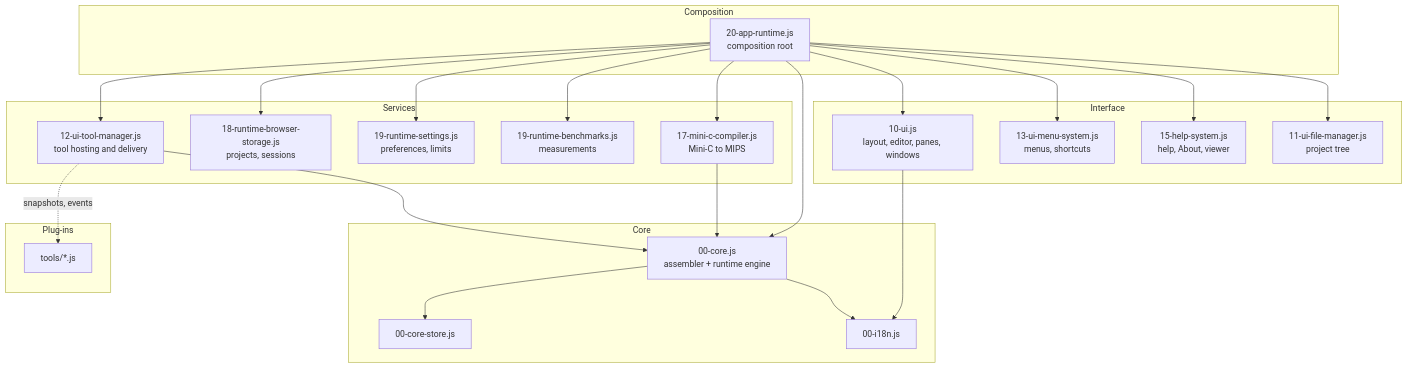
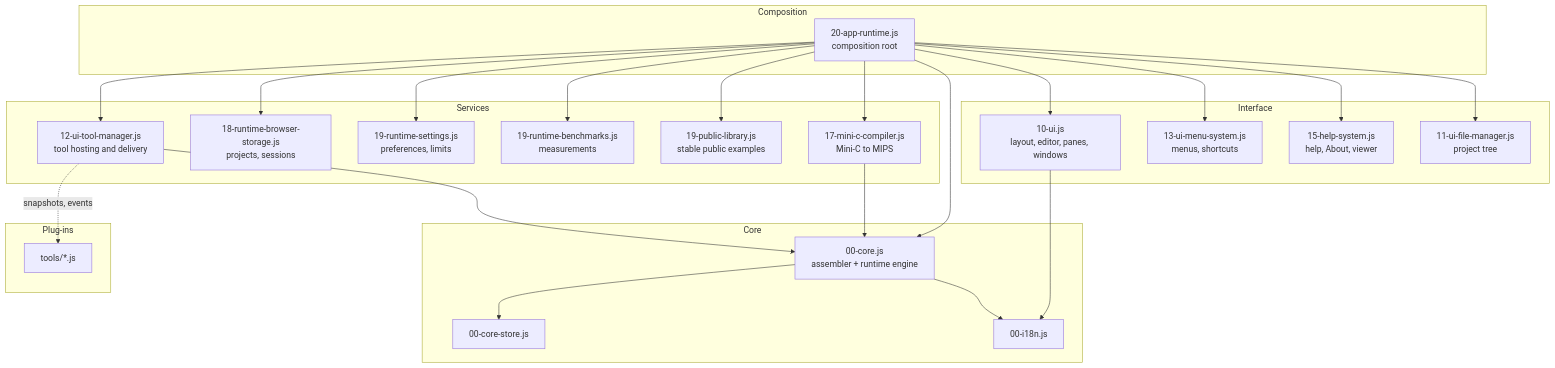
Before and after one commit to codigoavulso/webMARS: the diagram in docs/code-architecture.md, drawn with Mermaid. The commit also changed other lines of this file and 104 other files, not shown here.

````diff
--- a/docs/code-architecture.md
+++ b/docs/code-architecture.md
@@ -30,44 +30,46 @@
 ```mermaid
 flowchart TB
   subgraph UI["Interface"]
     ui["10-ui.js<br/>layout, editor, panes, windows"]
     menu["13-ui-menu-system.js<br/>menus, shortcuts"]
     help["15-help-system.js<br/>help, About, viewer"]
     filemgr["11-ui-file-manager.js<br/>project tree"]
   end
   subgraph COMP["Composition"]
     runtime["20-app-runtime.js<br/>composition root"]
   end
   subgraph SVC["Services"]
     tools["12-ui-tool-manager.js<br/>tool hosting and delivery"]
     storage["18-runtime-browser-storage.js<br/>projects, sessions"]
     settings["19-runtime-settings.js<br/>preferences, limits"]
     bench["19-runtime-benchmarks.js<br/>measurements"]
+    library["19-public-library.js<br/>stable public examples"]
     compiler["17-mini-c-compiler.js<br/>Mini-C to MIPS"]
   end
   subgraph CORE["Core"]
     engine["00-core.js<br/>assembler + runtime engine"]
     store["00-core-store.js"]
     i18n["00-i18n.js"]
   end
   subgraph PLUG["Plug-ins"]
     toolfiles["tools/*.js"]
   end
 
   runtime --> ui
   runtime --> menu
   runtime --> help
   runtime --> filemgr
   runtime --> tools
   runtime --> storage
   runtime --> settings
   runtime --> bench
+  runtime --> library
   runtime --> compiler
   runtime --> engine
   compiler --> engine
   tools --> engine
   tools -. "snapshots, events" .-> toolfiles
   ui --> i18n
   engine --> i18n
   engine --> store
 ```
````
